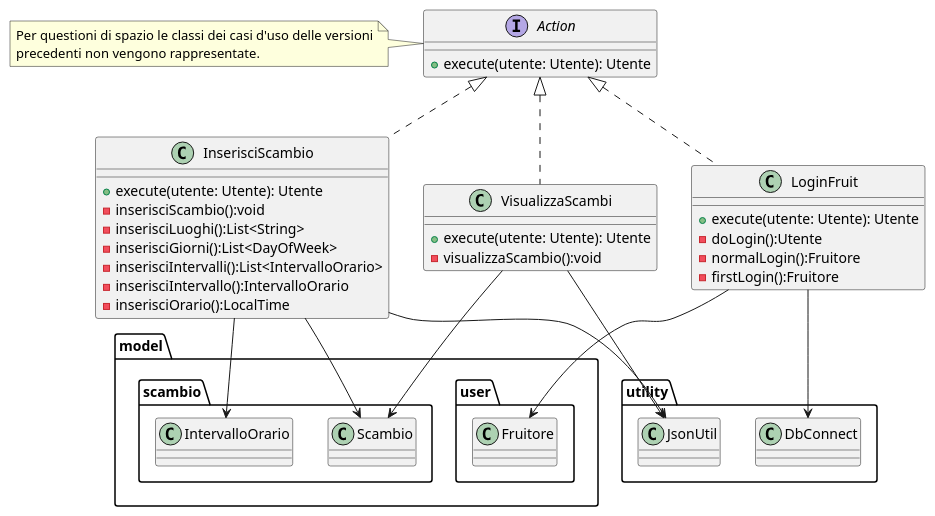
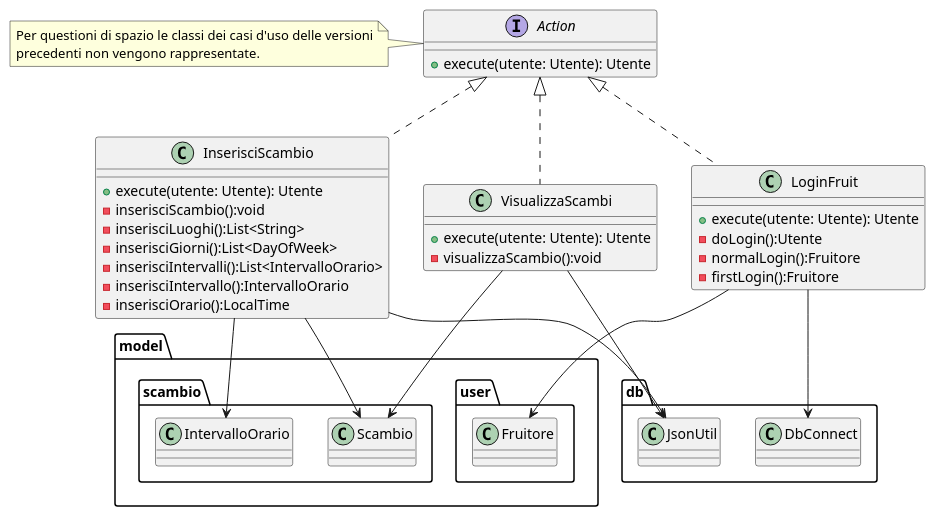
The diagram in Documentation/Ver2/controller.puml (bernagit/IngegneriaSoftware), drawn with PlantUML before and after one commit. The commit also changed 37 other files, not shown here.

```diff
--- a/Documentation/Ver2/controller.puml
+++ b/Documentation/Ver2/controller.puml
@@ -1,45 +1,45 @@
 @startuml controller
 
 
 
 interface Action{
     +execute(utente: Utente): Utente
 }
 
 note left of Action
     Per questioni di spazio le classi dei casi d'uso delle versioni
     precedenti non vengono rappresentate.
 endnote
 
 class InserisciScambio implements Action{
     +execute(utente: Utente): Utente
     -inserisciScambio():void
     -inserisciLuoghi():List<String>
     -inserisciGiorni():List<DayOfWeek>
     -inserisciIntervalli():List<IntervalloOrario>
     -inserisciIntervallo():IntervalloOrario
     -inserisciOrario():LocalTime
 
 }
 
 class VisualizzaScambi implements Action{
     +execute(utente: Utente): Utente
     -visualizzaScambio():void
 }
 
 class LoginFruit implements Action{
     +execute(utente: Utente): Utente
     -doLogin():Utente
     -normalLogin():Fruitore
     -firstLogin():Fruitore
 }
 
 InserisciScambio --> model.scambio.IntervalloOrario
 InserisciScambio --> model.scambio.Scambio
 VisualizzaScambi --> model.scambio.Scambio
 LoginFruit --> model.user.Fruitore
-LoginFruit --> utility.DbConnect
-InserisciScambio --> utility.JsonUtil
-VisualizzaScambi --> utility.JsonUtil
+LoginFruit --> db.DbConnect
+InserisciScambio --> db.JsonUtil
+VisualizzaScambi --> db.JsonUtil
 
 @enduml
```
